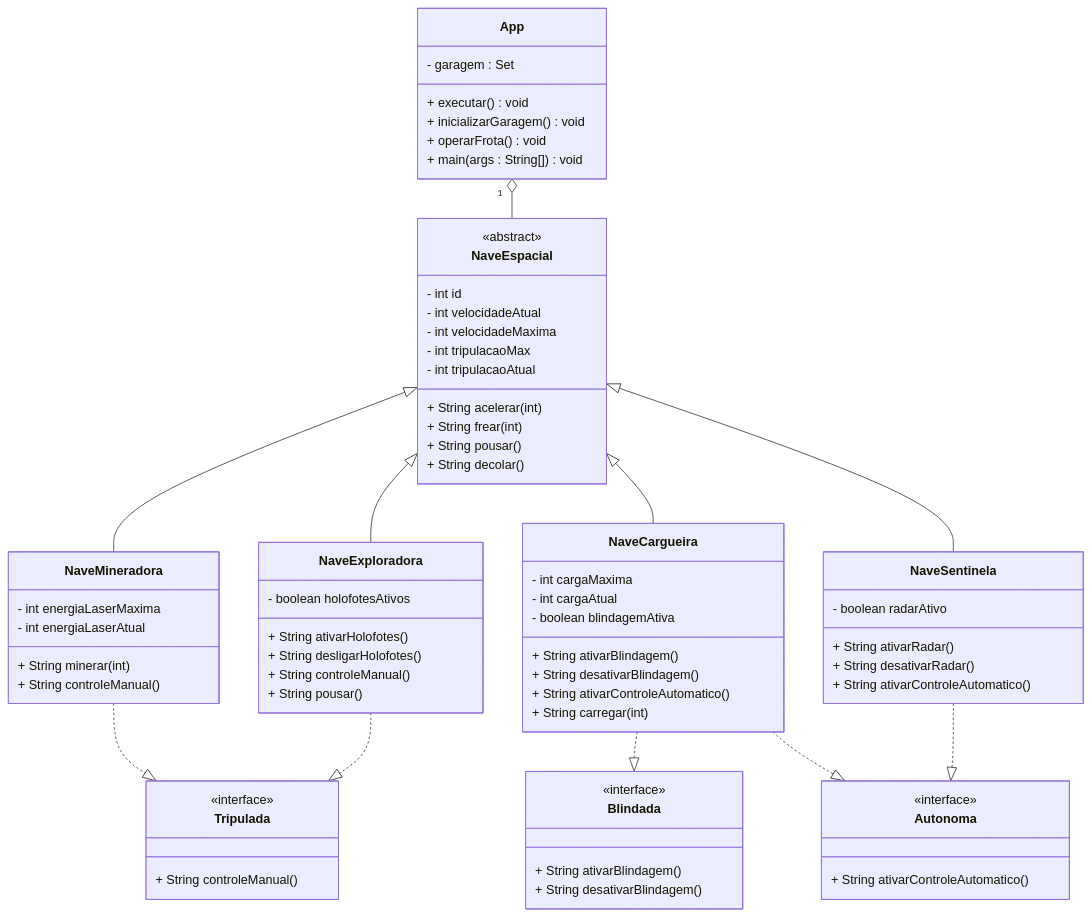
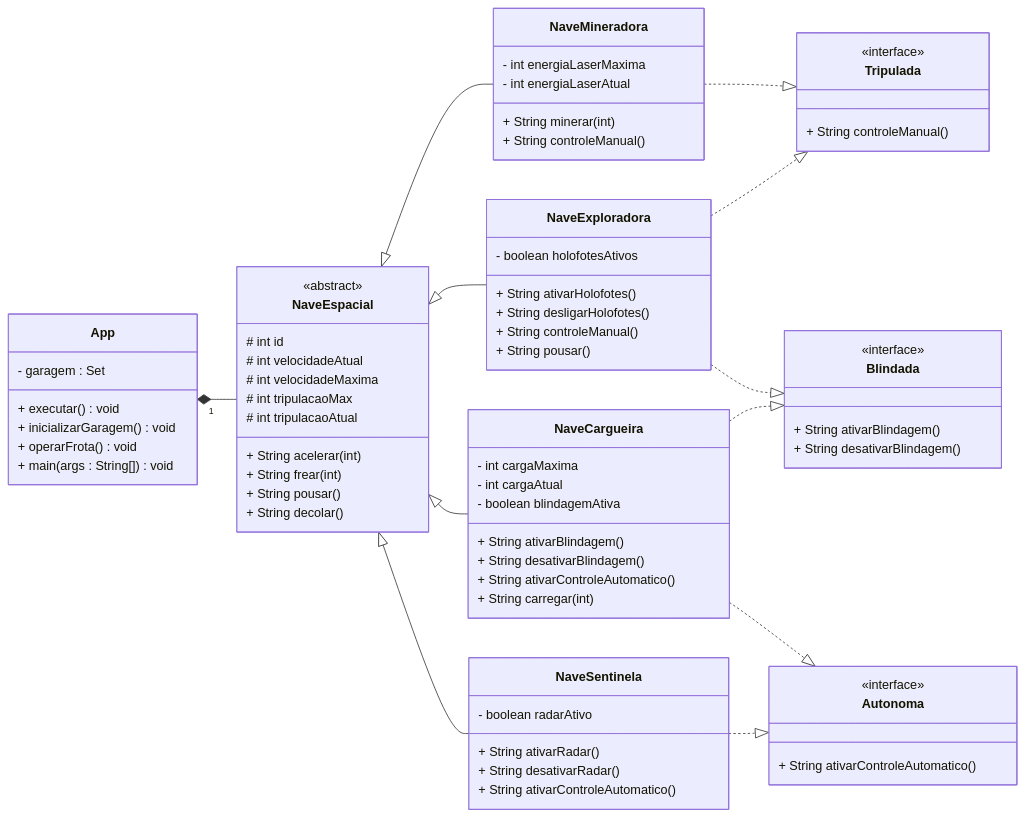
The diagram in readme.md (sergio-prolo-class/lista-4-devdivos), drawn with Mermaid before and after one commit.

Commit message:
correção do readme

````diff
--- a/readme.md
+++ b/readme.md
@@ -12,5 +12,7 @@
 ```mermaid
 classDiagram
+
+direction LR 
 class App {
 - garagem : Set<NaveEspacial>
 + executar() void
@@ -22,11 +24,11 @@
     class NaveEspacial {
 
         <<abstract>>
-        - int id
-        - int velocidadeAtual
-        - int velocidadeMaxima
-        - int tripulacaoMax
-        - int tripulacaoAtual
+        # int id
+        # int velocidadeAtual
+        # int velocidadeMaxima
+        # int tripulacaoMax
+        # int tripulacaoAtual
         + String acelerar(int)
         + String frear(int)
         + String pousar()
@@ -81,12 +83,13 @@
         + String ativarControleAutomatico()
     }
     
-    App "1" o-- NaveEspacial 
+    App "1" *-- NaveEspacial 
     NaveEspacial <|-- NaveMineradora
     NaveEspacial <|-- NaveExploradora
     NaveEspacial <|-- NaveCargueira
     NaveEspacial <|-- NaveSentinela
     NaveMineradora ..|> Tripulada
+    NaveExploradora ..|> Blindada
     NaveExploradora ..|> Tripulada
     NaveCargueira ..|> Blindada
     NaveCargueira ..|> Autonoma
````
